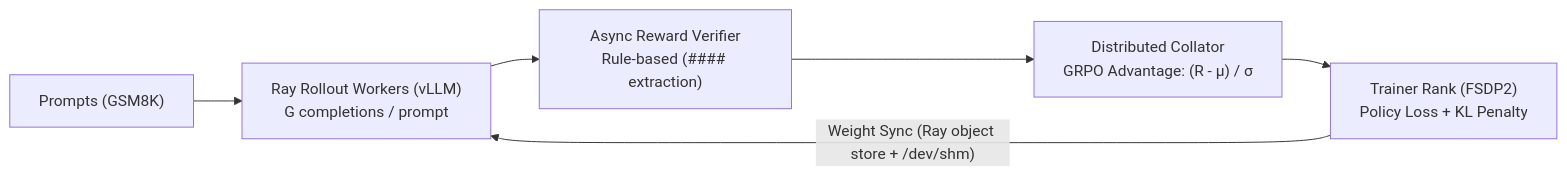
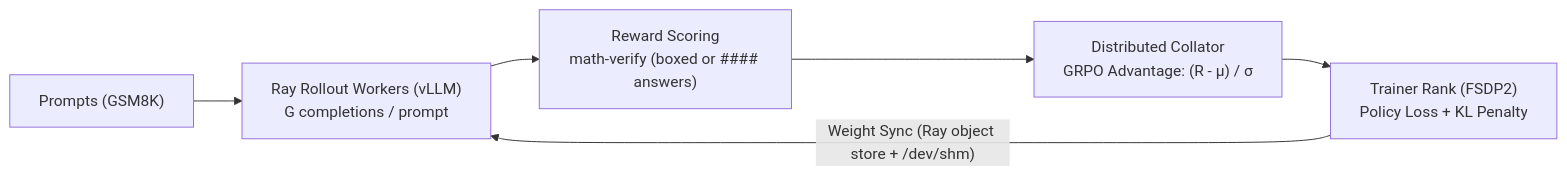
Before and after one commit to firnlabs/vrollout: the diagram in README.md, drawn with Mermaid. The commit also changed other lines of this file and 1 other file, not shown here.

````diff
--- a/README.md
+++ b/README.md
@@ -19,8 +21,8 @@
 ```mermaid
 flowchart LR
     A["Prompts (GSM8K)"] --> B["Ray Rollout Workers (vLLM)\nG completions / prompt"]
-    B --> C["Async Reward Verifier\nRule-based (#### extraction)"]
+    B --> C["Reward Scoring\nmath-verify (boxed or #### answers)"]
     C --> D["Distributed Collator\nGRPO Advantage: (R - μ) / σ"]
     D --> E["Trainer Rank (FSDP2)\nPolicy Loss + KL Penalty"]
     E -->|"Weight Sync (Ray object store + /dev/shm)"| B
 ```
````
